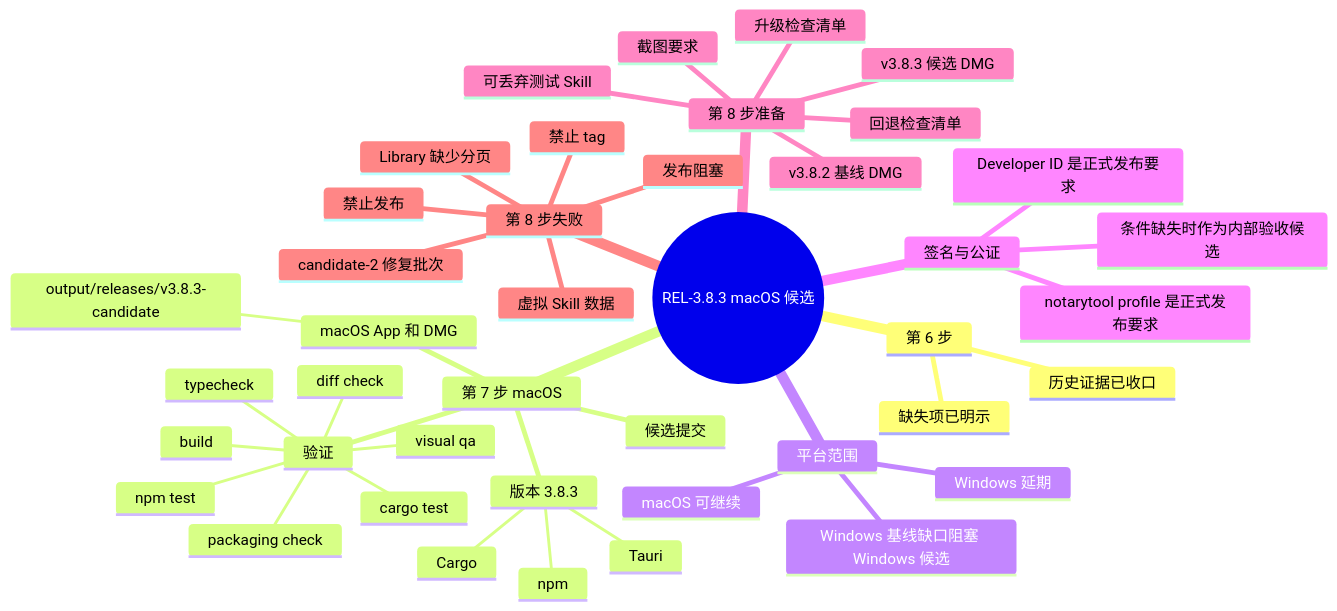
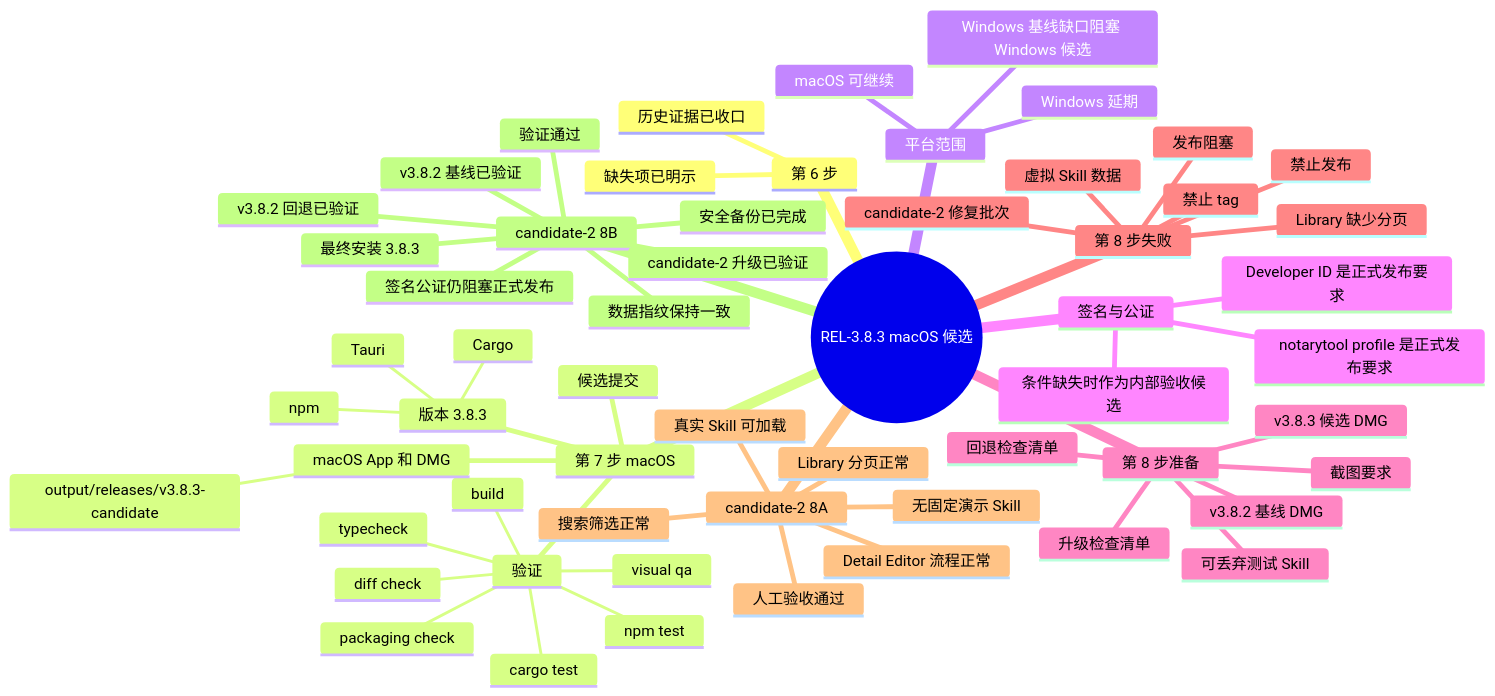
The diagram in SOP-mindmap.md (FengBuL/skill-panel), drawn with Mermaid before and after one commit. The commit also changed other lines of this file and 15 other files, not shown here.

````diff
--- a/SOP-mindmap.md
+++ b/SOP-mindmap.md
@@ -11,45 +11,61 @@
 ```mermaid
 mindmap
   root((REL-3.8.3 macOS 候选))
     第 6 步
       历史证据已收口
       缺失项已明示
     第 7 步 macOS
       版本 3.8.3
         npm
         Tauri
         Cargo
       验证
         npm test
         typecheck
         build
         packaging check
         cargo test
         visual qa
         diff check
       候选提交
       macOS App 和 DMG
         output/releases/v3.8.3-candidate
     平台范围
       macOS 可继续
       Windows 延期
       Windows 基线缺口阻塞 Windows 候选
     签名与公证
       Developer ID 是正式发布要求
       notarytool profile 是正式发布要求
       条件缺失时作为内部验收候选
     第 8 步准备
       v3.8.2 基线 DMG
       v3.8.3 候选 DMG
       可丢弃测试 Skill
       升级检查清单
       回退检查清单
       截图要求
     第 8 步失败
       虚拟 Skill 数据
       Library 缺少分页
       发布阻塞
       candidate-2 修复批次
       禁止 tag
       禁止发布
+    candidate-2 8A
+      人工验收通过
+      真实 Skill 可加载
+      无固定演示 Skill
+      Library 分页正常
+      搜索筛选正常
+      Detail Editor 流程正常
+    candidate-2 8B
+      验证通过
+      安全备份已完成
+      v3.8.2 基线已验证
+      candidate-2 升级已验证
+      v3.8.2 回退已验证
+      数据指纹保持一致
+      最终安装 3.8.3
+      签名公证仍阻塞正式发布
 ```
````
